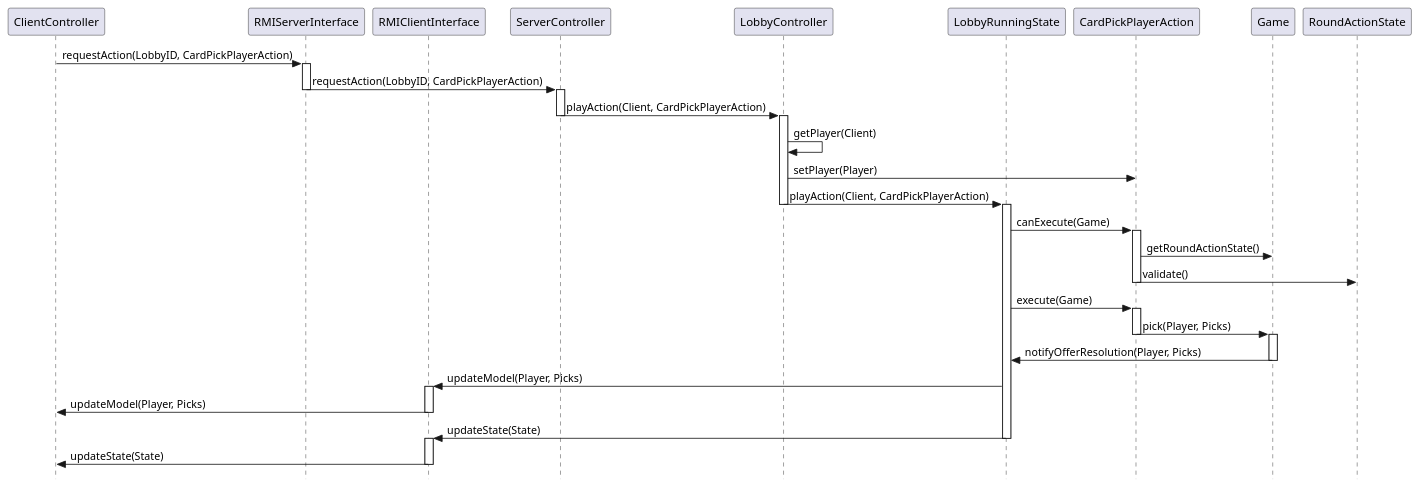
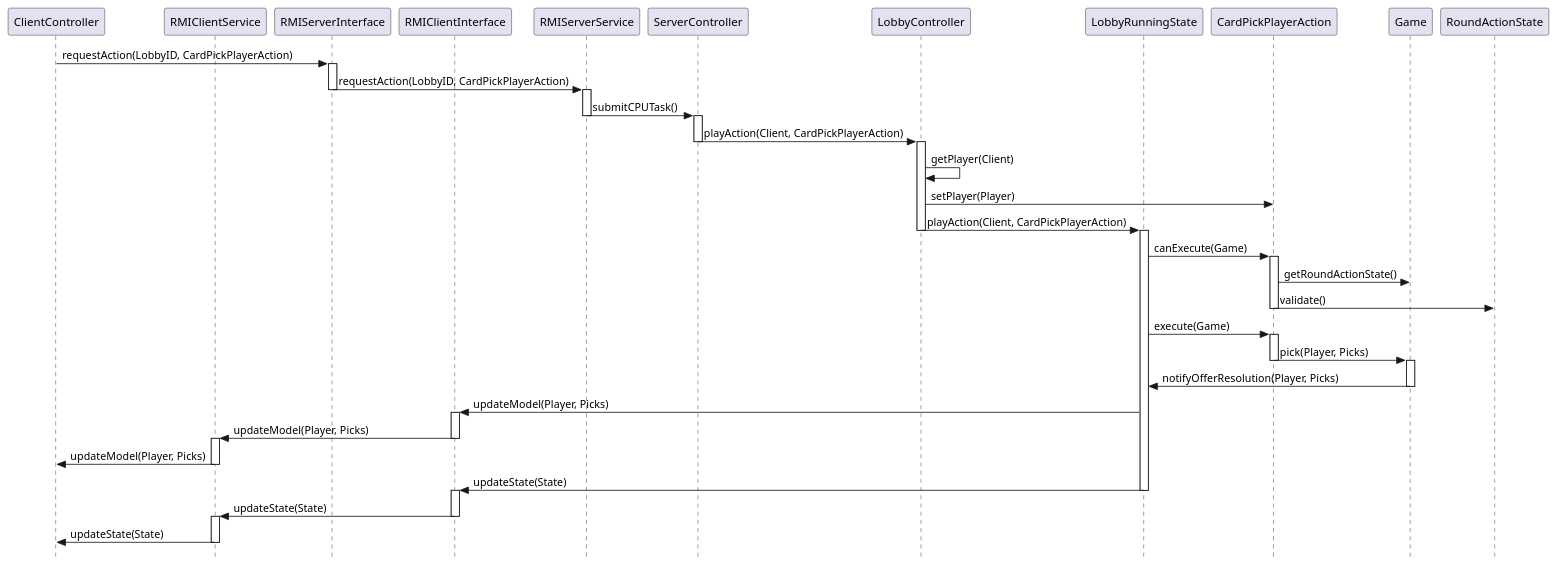
One commit to Teiyo22/ing-sw-2026-hu-hu-jin-jin changed the diagram in uml/card_pick_rmi.puml. Above: the diagram before and after it, drawn with PlantUML. The commit also changed 2 other files, not shown here.

Commit message:
Updated sequence models for RMI

```diff
--- a/uml/card_pick_rmi.puml
+++ b/uml/card_pick_rmi.puml
@@ -1,61 +1,75 @@
 @startuml
 skinparam style strictuml
 
 participant ClientController
+participant RMIClientService
 participant RMIServerInterface
 participant RMIClientInterface
+participant RMIServerService
 participant ServerController
 participant LobbyController
 participant LobbyRunningState
 participant CardPickPlayerAction
 participant Game
 participant RoundActionState
 
 ClientController -> RMIServerInterface: requestAction(LobbyID, CardPickPlayerAction)
 
 activate RMIServerInterface
-RMIServerInterface -> ServerController : requestAction(LobbyID, CardPickPlayerAction)
+RMIServerInterface -> RMIServerService : requestAction(LobbyID, CardPickPlayerAction)
 deactivate RMIServerInterface
+
+activate RMIServerService
+RMIServerService -> ServerController : submitCPUTask()
+deactivate RMIServerService
 
 activate ServerController
 ServerController -> LobbyController: playAction(Client, CardPickPlayerAction)
 deactivate ServerController
 
 activate LobbyController
 LobbyController -> LobbyController: getPlayer(Client)
 LobbyController -> CardPickPlayerAction: setPlayer(Player)
 LobbyController -> LobbyRunningState: playAction(Client, CardPickPlayerAction)
 deactivate LobbyController
 
 activate LobbyRunningState
 LobbyRunningState -> CardPickPlayerAction: canExecute(Game)
 
 activate CardPickPlayerAction
 CardPickPlayerAction -> Game: getRoundActionState()
 CardPickPlayerAction -> RoundActionState: validate()
 deactivate CardPickPlayerAction
 
 LobbyRunningState -> CardPickPlayerAction: execute(Game)
 
 activate CardPickPlayerAction
 CardPickPlayerAction -> Game: pick(Player, Picks)
 deactivate CardPickPlayerAction
 
 activate Game
 Game -> LobbyRunningState: notifyOfferResolution(Player, Picks)
 deactivate Game
 
 LobbyRunningState -> RMIClientInterface: updateModel(Player, Picks)
 
 activate RMIClientInterface
-RMIClientInterface -> ClientController: updateModel(Player, Picks)
+RMIClientInterface -> RMIClientService: updateModel(Player, Picks)
 deactivate RMIClientInterface
+
+activate RMIClientService
+RMIClientService -> ClientController: updateModel(Player, Picks)
+deactivate RMIClientService
 
 LobbyRunningState -> RMIClientInterface: updateState(State)
 deactivate LobbyRunningState
 
 activate RMIClientInterface
-RMIClientInterface -> ClientController: updateState(State)
+RMIClientInterface -> RMIClientService: updateState(State)
 deactivate RMIClientInterface
 
+activate RMIClientService
+RMIClientService -> ClientController: updateState(State)
+deactivate RMIClientService
+
 @enduml
```
